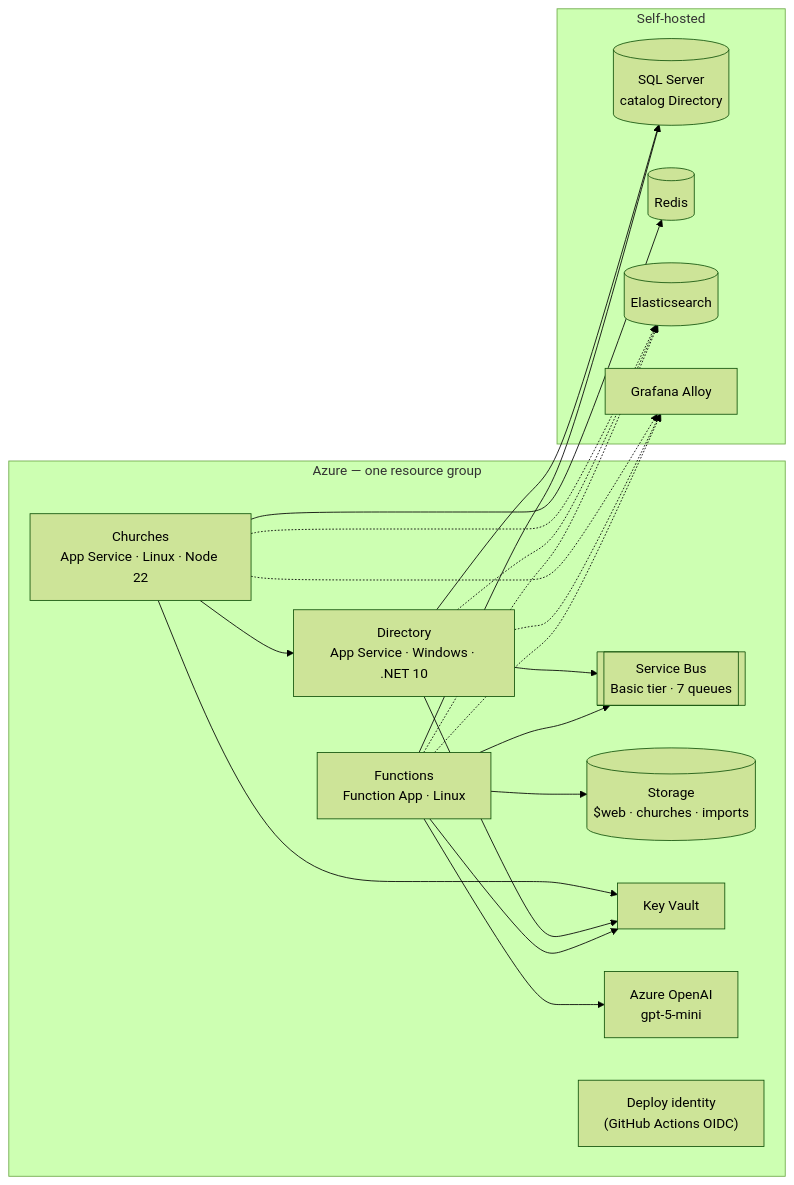
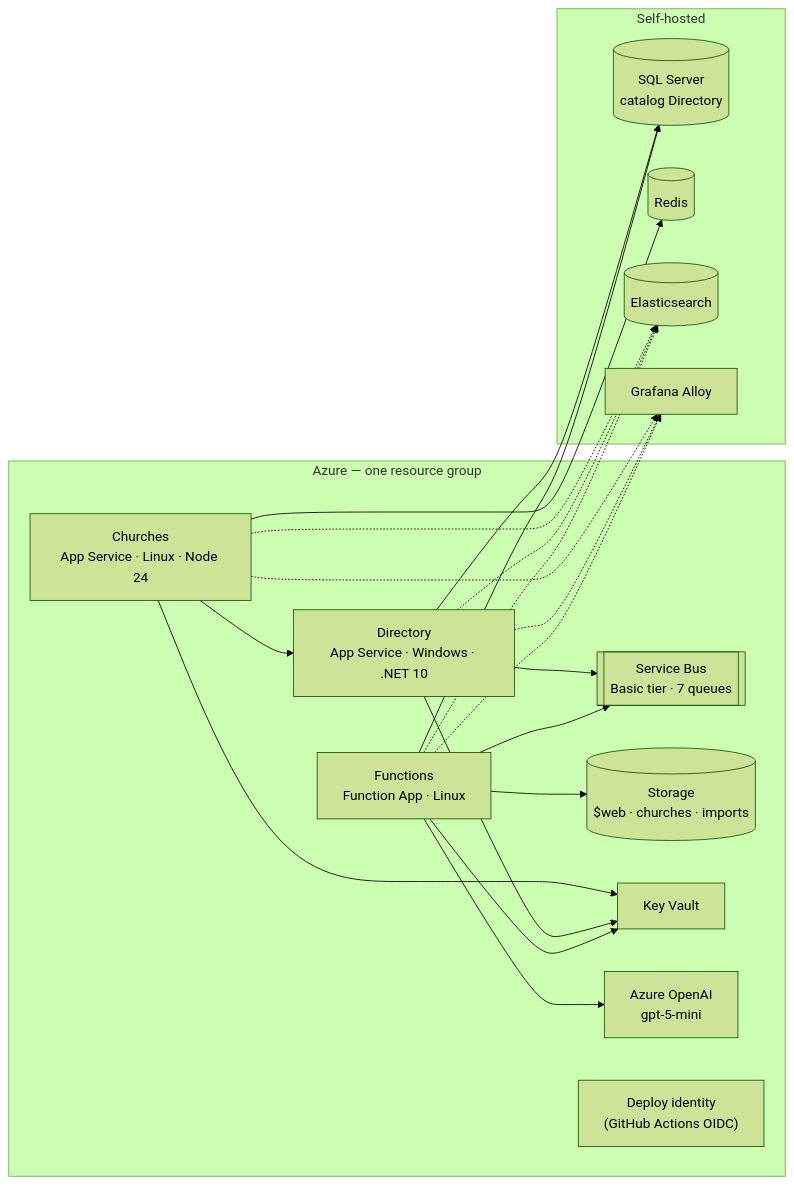
One commit to crgolden/Churches changed the eighth of 8 diagrams in ARCHITECTURE.md. Above: the diagram before and after it, drawn with Mermaid (forest theme). The commit also changed other lines of this file and 5 other files, not shown here.

Commit message:
Target Node 24 LTS ahead of App Service end of support

````diff
--- a/ARCHITECTURE.md
+++ b/ARCHITECTURE.md
@@ -431,36 +431,36 @@
 ```mermaid
 graph LR
     subgraph Azure["Azure — one resource group"]
-        CH["Churches<br/>App Service · Linux · Node 22"]
+        CH["Churches<br/>App Service · Linux · Node 24"]
         DIR["Directory<br/>App Service · Windows · .NET 10"]
         FN["Functions<br/>Function App · Linux"]
         SB[["Service Bus<br/>Basic tier · 7 queues"]]
         ST[("Storage<br/>$web · churches · imports")]
         KV["Key Vault"]
         AOAI["Azure OpenAI<br/>gpt-5-mini"]
         MSI["Deploy identity<br/>(GitHub Actions OIDC)"]
     end
     subgraph SelfHosted["Self-hosted"]
         SQL[("SQL Server<br/>catalog Directory")]
         RED[("Redis")]
         ES[("Elasticsearch")]
         AL["Grafana Alloy"]
     end
     CH --> KV
     CH --> RED
     CH --> DIR
     DIR --> SQL
     DIR --> SB
     DIR --> KV
     FN --> SB
     FN --> ST
     FN --> SQL
     FN --> KV
     FN --> AOAI
     CH -.-> AL
     CH -.-> ES
     DIR -.-> AL
     DIR -.-> ES
     FN -.-> AL
     FN -.-> ES
 ```
````
